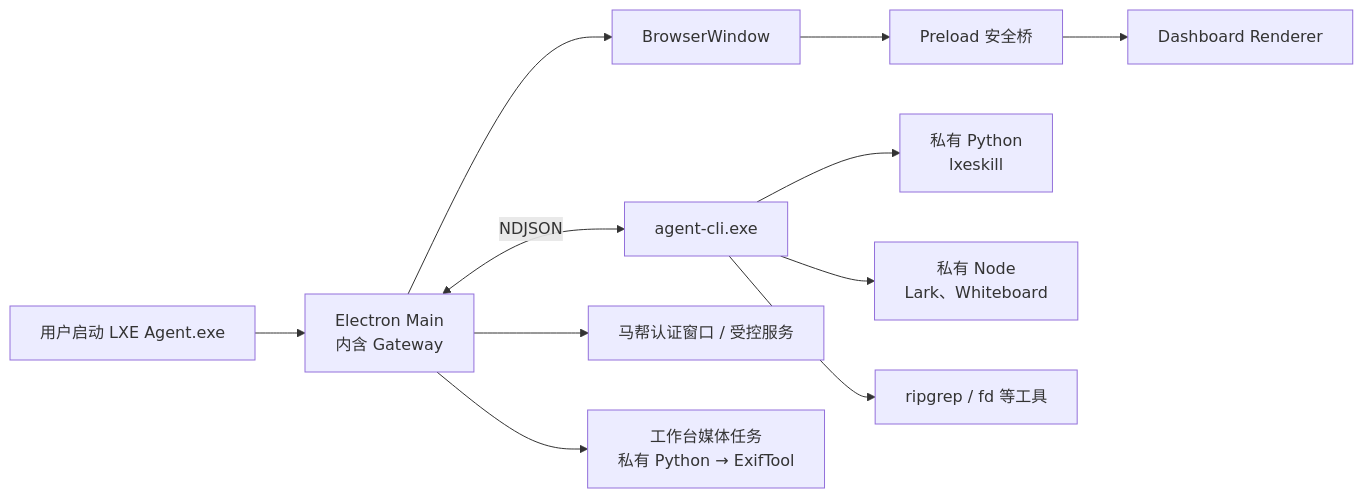
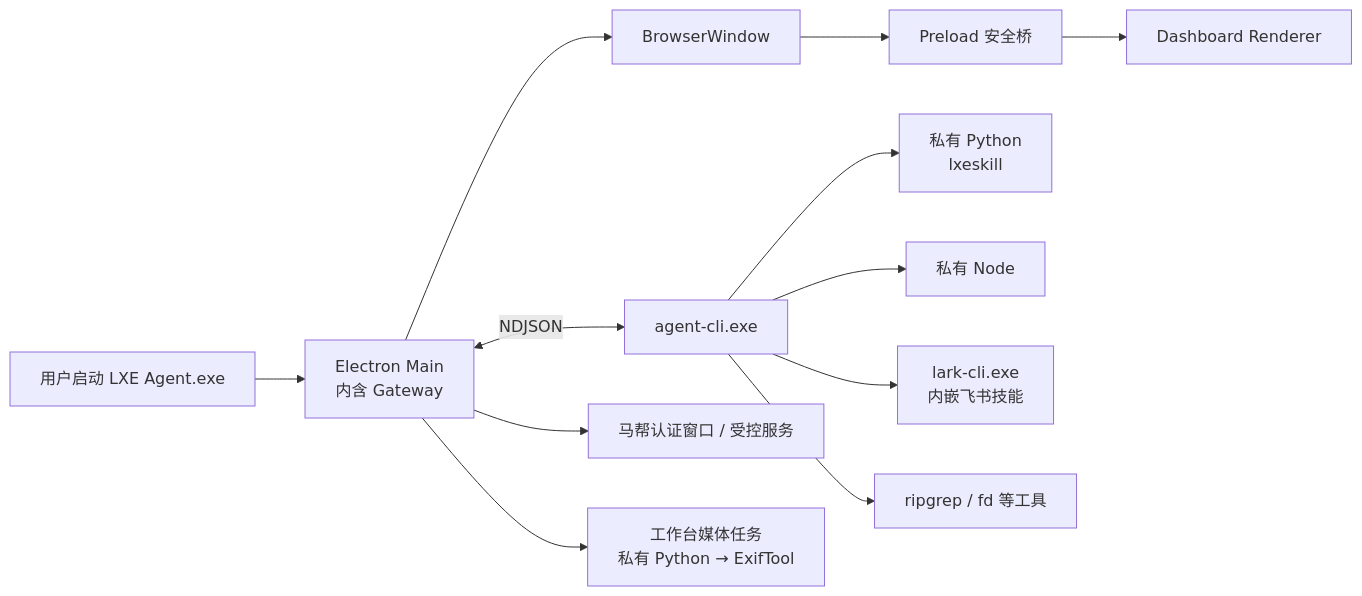
Before and after one commit to Arsenal20262/LXE_AGENT: the second of 2 diagrams in docs/desktop/packaging-pipeline.md, drawn with Mermaid. The commit also changed other lines of this file and 12 other files, not shown here.

Commit message:
fix: package standalone Lark CLI with Windows desktop

````diff
--- a/docs/desktop/packaging-pipeline.md
+++ b/docs/desktop/packaging-pipeline.md
@@ -363,13 +368,14 @@
 ```mermaid
 flowchart LR
     USER["用户启动 LXE Agent.exe"] --> MAIN["Electron Main<br/>内含 Gateway"]
     MAIN --> WINDOW["BrowserWindow"]
     WINDOW --> PRELOAD["Preload 安全桥"]
     PRELOAD --> UI["Dashboard Renderer"]
     MAIN <-->|"NDJSON"| AGENT["agent-cli.exe"]
     AGENT --> PY["私有 Python<br/>lxeskill"]
-    AGENT --> NODE["私有 Node<br/>Lark、Whiteboard"]
+    AGENT --> NODE["私有 Node"]
+    AGENT --> LARK["lark-cli.exe<br/>内嵌飞书技能"]
     AGENT --> TOOLS["ripgrep / fd 等工具"]
     MAIN --> AUTH["马帮认证窗口 / 受控服务"]
     MAIN --> MEDIA["工作台媒体任务<br/>私有 Python → ExifTool"]
 ```
````
